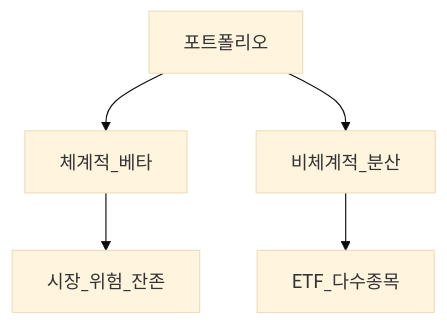
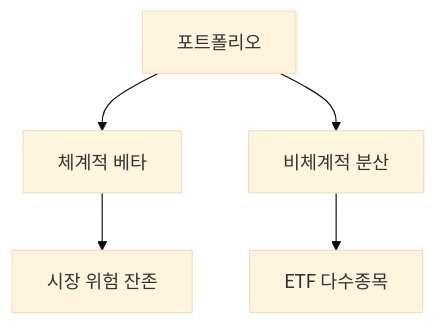
Before and after one commit to goldanghenry/Finances: the second of 2 diagrams in 08-advanced/capm-and-risk-return.md, drawn with Mermaid (base theme). The commit also changed other lines of this file and 211 other files, not shown here.

````diff
--- a/08-advanced/capm-and-risk-return.md
+++ b/08-advanced/capm-and-risk-return.md
@@ -86,7 +100,7 @@
 ```mermaid
 flowchart TD
-  Port[포트폴리오] --> Sys[체계적_베타]
-  Port --> Idio[비체계적_분산]
-  Idio --> ETF[ETF_다수종목]
-  Sys --> Mkt[시장_위험_잔존]
+  Port[포트폴리오] --> Sys["체계적 베타"]
+  Port --> Idio["비체계적 분산"]
+  Idio --> ETF["ETF 다수종목"]
+  Sys --> Mkt["시장 위험 잔존"]
 ```
````
